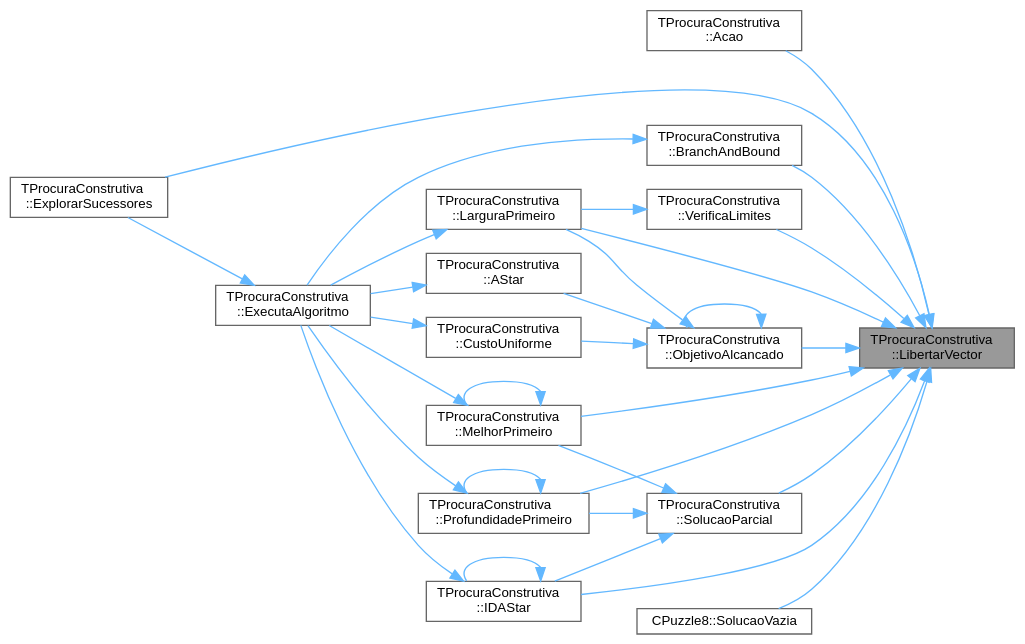
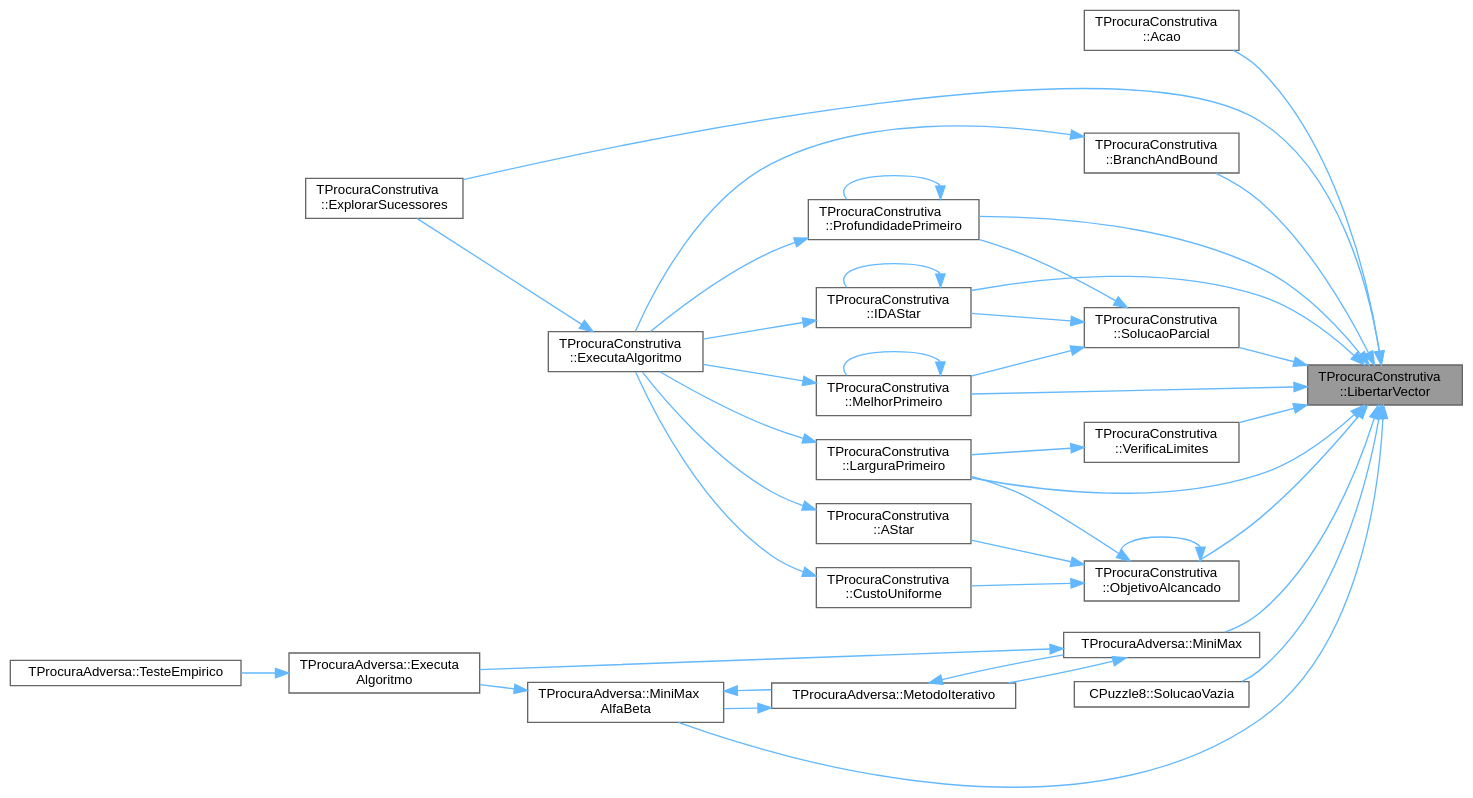
Before and after one commit to jcoelho72/TProcura: the diagram in classTProcuraConstrutiva_a976f17b2b53ce9ffc7d1795d291262df_icgraph.dot, drawn with Graphviz. The commit also changed 1026 other files, not shown here.

```diff
--- a/classTProcuraConstrutiva_a976f17b2b53ce9ffc7d1795d291262df_icgraph.dot
+++ b/classTProcuraConstrutiva_a976f17b2b53ce9ffc7d1795d291262df_icgraph.dot
@@ -6,48 +6,62 @@
   node [fontname=Helvetica,fontsize=10,shape=box,height=0.2,width=0.4];
   rankdir="RL";
   Node1 [id="Node000001",label="TProcuraConstrutiva\l::LibertarVector",height=0.2,width=0.4,color="gray40", fillcolor="grey60", style="filled", fontcolor="black",tooltip=" "];
-  Node1 -> Node2 [id="edge31_Node000001_Node000002",dir="back",color="steelblue1",style="solid",tooltip=" "];
+  Node1 -> Node2 [id="edge40_Node000001_Node000002",dir="back",color="steelblue1",style="solid",tooltip=" "];
   Node2 [id="Node000002",label="TProcuraConstrutiva\l::Acao",height=0.2,width=0.4,color="grey40", fillcolor="white", style="filled",URL="$group__RedefinicaoOpcional.html#gacccf4fbb52126ba19bfc456c0c6d5214",tooltip="Executa a ação (movimento, passo, jogada, lance, etc.) no estado atual."];
-  Node1 -> Node3 [id="edge32_Node000001_Node000003",dir="back",color="steelblue1",style="solid",tooltip=" "];
+  Node1 -> Node3 [id="edge41_Node000001_Node000003",dir="back",color="steelblue1",style="solid",tooltip=" "];
   Node3 [id="Node000003",label="TProcuraConstrutiva\l::BranchAndBound",height=0.2,width=0.4,color="grey40", fillcolor="white", style="filled",URL="$group__ProcurasInformadas.html#gafe804dbf6cabda9e627500c2d4f8aafd",tooltip="Executa o algoritmo Branch-and-Bound, um algoritmo informado."];
-  Node3 -> Node4 [id="edge33_Node000003_Node000004",dir="back",color="steelblue1",style="solid",tooltip=" "];
+  Node3 -> Node4 [id="edge42_Node000003_Node000004",dir="back",color="steelblue1",style="solid",tooltip=" "];
   Node4 [id="Node000004",label="TProcuraConstrutiva\l::ExecutaAlgoritmo",height=0.2,width=0.4,color="grey40", fillcolor="white", style="filled",URL="$group__RedefinicaoOpcional.html#gae52871eb18c8ae656a2174acf43b3bb3",tooltip="Executa o algoritmo com os parametros atuais."];
-  Node4 -> Node5 [id="edge34_Node000004_Node000005",dir="back",color="steelblue1",style="solid",tooltip=" "];
+  Node4 -> Node5 [id="edge43_Node000004_Node000005",dir="back",color="steelblue1",style="solid",tooltip=" "];
   Node5 [id="Node000005",label="TProcuraConstrutiva\l::ExplorarSucessores",height=0.2,width=0.4,color="grey40", fillcolor="white", style="filled",URL="$classTProcuraConstrutiva.html#a9fda19c96c9cd874fa45578bcc30f607",tooltip=" "];
-  Node1 -> Node5 [id="edge35_Node000001_Node000005",dir="back",color="steelblue1",style="solid",tooltip=" "];
-  Node1 -> Node6 [id="edge36_Node000001_Node000006",dir="back",color="steelblue1",style="solid",tooltip=" "];
+  Node1 -> Node5 [id="edge44_Node000001_Node000005",dir="back",color="steelblue1",style="solid",tooltip=" "];
+  Node1 -> Node6 [id="edge45_Node000001_Node000006",dir="back",color="steelblue1",style="solid",tooltip=" "];
   Node6 [id="Node000006",label="TProcuraConstrutiva\l::IDAStar",height=0.2,width=0.4,color="grey40", fillcolor="white", style="filled",URL="$group__ProcurasInformadas.html#gae77f9608e7988052377d7025bee7c4e8",tooltip="Executa a procura IDA*, algoritmo informado."];
-  Node6 -> Node4 [id="edge37_Node000006_Node000004",dir="back",color="steelblue1",style="solid",tooltip=" "];
-  Node6 -> Node6 [id="edge38_Node000006_Node000006",dir="back",color="steelblue1",style="solid",tooltip=" "];
-  Node1 -> Node7 [id="edge39_Node000001_Node000007",dir="back",color="steelblue1",style="solid",tooltip=" "];
+  Node6 -> Node4 [id="edge46_Node000006_Node000004",dir="back",color="steelblue1",style="solid",tooltip=" "];
+  Node6 -> Node6 [id="edge47_Node000006_Node000006",dir="back",color="steelblue1",style="solid",tooltip=" "];
+  Node1 -> Node7 [id="edge48_Node000001_Node000007",dir="back",color="steelblue1",style="solid",tooltip=" "];
   Node7 [id="Node000007",label="TProcuraConstrutiva\l::LarguraPrimeiro",height=0.2,width=0.4,color="grey40", fillcolor="white", style="filled",URL="$group__ProcurasCegas.html#gafe656922894d8a27b4cfb70128793af0",tooltip="Executa a procura em largura primeiro, algoritmo cego."];
-  Node7 -> Node4 [id="edge40_Node000007_Node000004",dir="back",color="steelblue1",style="solid",tooltip=" "];
-  Node1 -> Node8 [id="edge41_Node000001_Node000008",dir="back",color="steelblue1",style="solid",tooltip=" "];
+  Node7 -> Node4 [id="edge49_Node000007_Node000004",dir="back",color="steelblue1",style="solid",tooltip=" "];
+  Node1 -> Node8 [id="edge50_Node000001_Node000008",dir="back",color="steelblue1",style="solid",tooltip=" "];
   Node8 [id="Node000008",label="TProcuraConstrutiva\l::MelhorPrimeiro",height=0.2,width=0.4,color="grey40", fillcolor="white", style="filled",URL="$group__ProcurasInformadas.html#gaebb84182343041bc276e4ceceb4b13aa",tooltip="Executa a procura melhor primeiro, algoritmo informado."];
-  Node8 -> Node4 [id="edge42_Node000008_Node000004",dir="back",color="steelblue1",style="solid",tooltip=" "];
-  Node8 -> Node8 [id="edge43_Node000008_Node000008",dir="back",color="steelblue1",style="solid",tooltip=" "];
-  Node1 -> Node9 [id="edge44_Node000001_Node000009",dir="back",color="steelblue1",style="solid",tooltip=" "];
-  Node9 [id="Node000009",label="TProcuraConstrutiva\l::ObjetivoAlcancado",height=0.2,width=0.4,color="grey40", fillcolor="white", style="filled",URL="$classTProcuraConstrutiva.html#a8e7879e0ac12522e0eedf3d3d365e51c",tooltip=" "];
-  Node9 -> Node10 [id="edge45_Node000009_Node000010",dir="back",color="steelblue1",style="solid",tooltip=" "];
-  Node10 [id="Node000010",label="TProcuraConstrutiva\l::AStar",height=0.2,width=0.4,color="grey40", fillcolor="white", style="filled",URL="$group__ProcurasInformadas.html#ga37dd78e1a9a6742700728135f81964b4",tooltip="Executa a procura A*, algoritmo informado."];
-  Node10 -> Node4 [id="edge46_Node000010_Node000004",dir="back",color="steelblue1",style="solid",tooltip=" "];
-  Node9 -> Node11 [id="edge47_Node000009_Node000011",dir="back",color="steelblue1",style="solid",tooltip=" "];
-  Node11 [id="Node000011",label="TProcuraConstrutiva\l::CustoUniforme",height=0.2,width=0.4,color="grey40", fillcolor="white", style="filled",URL="$group__ProcurasCegas.html#ga2343fafdecfd55b69c0ffb71e8f9426b",tooltip="Executa a procura por custo uniforme, algoritmo cego."];
-  Node11 -> Node4 [id="edge48_Node000011_Node000004",dir="back",color="steelblue1",style="solid",tooltip=" "];
-  Node9 -> Node7 [id="edge49_Node000009_Node000007",dir="back",color="steelblue1",style="solid",tooltip=" "];
-  Node9 -> Node9 [id="edge50_Node000009_Node000009",dir="back",color="steelblue1",style="solid",tooltip=" "];
-  Node1 -> Node12 [id="edge51_Node000001_Node000012",dir="back",color="steelblue1",style="solid",tooltip=" "];
-  Node12 [id="Node000012",label="TProcuraConstrutiva\l::ProfundidadePrimeiro",height=0.2,width=0.4,color="grey40", fillcolor="white", style="filled",URL="$group__ProcurasCegas.html#gaf00d9776f6b25d56138efb6725b86228",tooltip="Executa a procura em profundidade primeiro, algoritmo cego."];
-  Node12 -> Node4 [id="edge52_Node000012_Node000004",dir="back",color="steelblue1",style="solid",tooltip=" "];
-  Node12 -> Node12 [id="edge53_Node000012_Node000012",dir="back",color="steelblue1",style="solid",tooltip=" "];
-  Node1 -> Node13 [id="edge54_Node000001_Node000013",dir="back",color="steelblue1",style="solid",tooltip=" "];
-  Node13 [id="Node000013",label="TProcuraConstrutiva\l::SolucaoParcial",height=0.2,width=0.4,color="grey40", fillcolor="white", style="filled",URL="$classTProcuraConstrutiva.html#a6bc5ce68c35bb341173421200dec2937",tooltip=" "];
-  Node13 -> Node6 [id="edge55_Node000013_Node000006",dir="back",color="steelblue1",style="solid",tooltip=" "];
-  Node13 -> Node8 [id="edge56_Node000013_Node000008",dir="back",color="steelblue1",style="solid",tooltip=" "];
-  Node13 -> Node12 [id="edge57_Node000013_Node000012",dir="back",color="steelblue1",style="solid",tooltip=" "];
-  Node1 -> Node14 [id="edge58_Node000001_Node000014",dir="back",color="steelblue1",style="solid",tooltip=" "];
-  Node14 [id="Node000014",label="CPuzzle8::SolucaoVazia",height=0.2,width=0.4,color="grey40", fillcolor="white", style="filled",URL="$classCPuzzle8.html#a9cf95b2a057f5368736e503565fad846",tooltip="Coloca o objecto no estado inicial da procura."];
-  Node1 -> Node15 [id="edge59_Node000001_Node000015",dir="back",color="steelblue1",style="solid",tooltip=" "];
-  Node15 [id="Node000015",label="TProcuraConstrutiva\l::VerificaLimites",height=0.2,width=0.4,color="grey40", fillcolor="white", style="filled",URL="$classTProcuraConstrutiva.html#aec0a667a7fda1ebe565ba13d6b02805a",tooltip=" "];
-  Node15 -> Node7 [id="edge60_Node000015_Node000007",dir="back",color="steelblue1",style="solid",tooltip=" "];
+  Node8 -> Node4 [id="edge51_Node000008_Node000004",dir="back",color="steelblue1",style="solid",tooltip=" "];
+  Node8 -> Node8 [id="edge52_Node000008_Node000008",dir="back",color="steelblue1",style="solid",tooltip=" "];
+  Node1 -> Node9 [id="edge53_Node000001_Node000009",dir="back",color="steelblue1",style="solid",tooltip=" "];
+  Node9 [id="Node000009",label="TProcuraAdversa::MiniMax",height=0.2,width=0.4,color="grey40", fillcolor="white", style="filled",URL="$classTProcuraAdversa.html#a4d8542bcb03f17da8aa3038384104f24",tooltip="retorna o valor do estado actual, apos procura de profundidade nivel"];
+  Node9 -> Node10 [id="edge54_Node000009_Node000010",dir="back",color="steelblue1",style="solid",tooltip=" "];
+  Node10 [id="Node000010",label="TProcuraAdversa::Executa\lAlgoritmo",height=0.2,width=0.4,color="grey40", fillcolor="white", style="filled",URL="$classTProcuraAdversa.html#aff6f48defaa10c14d160ac3990fd029b",tooltip="Executa o algoritmo com os parametros atuais."];
+  Node10 -> Node11 [id="edge55_Node000010_Node000011",dir="back",color="steelblue1",style="solid",tooltip=" "];
+  Node11 [id="Node000011",label="TProcuraAdversa::TesteEmpirico",height=0.2,width=0.4,color="grey40", fillcolor="white", style="filled",URL="$classTProcuraAdversa.html#ae849ba1f915dc5e0875faa281ba4bdbb",tooltip=" "];
+  Node9 -> Node12 [id="edge56_Node000009_Node000012",dir="back",color="steelblue1",style="solid",tooltip=" "];
+  Node12 [id="Node000012",label="TProcuraAdversa::MetodoIterativo",height=0.2,width=0.4,color="grey40", fillcolor="white", style="filled",URL="$classTProcuraAdversa.html#a7c4153974c32753901326271fee90197",tooltip="iteração, aumentando o nível progressivamente"];
+  Node12 -> Node9 [id="edge57_Node000012_Node000009",dir="back",color="steelblue1",style="solid",tooltip=" "];
+  Node12 -> Node13 [id="edge58_Node000012_Node000013",dir="back",color="steelblue1",style="solid",tooltip=" "];
+  Node13 [id="Node000013",label="TProcuraAdversa::MiniMax\lAlfaBeta",height=0.2,width=0.4,color="grey40", fillcolor="white", style="filled",URL="$classTProcuraAdversa.html#adb3f857b1c8b3ee26682e335dc6ed601",tooltip="retorna o valor do estado actual, apos procura de profundidade nivel. Idêntico a MiniMax"];
+  Node13 -> Node10 [id="edge59_Node000013_Node000010",dir="back",color="steelblue1",style="solid",tooltip=" "];
+  Node13 -> Node12 [id="edge60_Node000013_Node000012",dir="back",color="steelblue1",style="solid",tooltip=" "];
+  Node1 -> Node13 [id="edge61_Node000001_Node000013",dir="back",color="steelblue1",style="solid",tooltip=" "];
+  Node1 -> Node14 [id="edge62_Node000001_Node000014",dir="back",color="steelblue1",style="solid",tooltip=" "];
+  Node14 [id="Node000014",label="TProcuraConstrutiva\l::ObjetivoAlcancado",height=0.2,width=0.4,color="grey40", fillcolor="white", style="filled",URL="$classTProcuraConstrutiva.html#a8e7879e0ac12522e0eedf3d3d365e51c",tooltip=" "];
+  Node14 -> Node15 [id="edge63_Node000014_Node000015",dir="back",color="steelblue1",style="solid",tooltip=" "];
+  Node15 [id="Node000015",label="TProcuraConstrutiva\l::AStar",height=0.2,width=0.4,color="grey40", fillcolor="white", style="filled",URL="$group__ProcurasInformadas.html#ga37dd78e1a9a6742700728135f81964b4",tooltip="Executa a procura A*, algoritmo informado."];
+  Node15 -> Node4 [id="edge64_Node000015_Node000004",dir="back",color="steelblue1",style="solid",tooltip=" "];
+  Node14 -> Node16 [id="edge65_Node000014_Node000016",dir="back",color="steelblue1",style="solid",tooltip=" "];
+  Node16 [id="Node000016",label="TProcuraConstrutiva\l::CustoUniforme",height=0.2,width=0.4,color="grey40", fillcolor="white", style="filled",URL="$group__ProcurasCegas.html#ga2343fafdecfd55b69c0ffb71e8f9426b",tooltip="Executa a procura por custo uniforme, algoritmo cego."];
+  Node16 -> Node4 [id="edge66_Node000016_Node000004",dir="back",color="steelblue1",style="solid",tooltip=" "];
+  Node14 -> Node7 [id="edge67_Node000014_Node000007",dir="back",color="steelblue1",style="solid",tooltip=" "];
+  Node14 -> Node14 [id="edge68_Node000014_Node000014",dir="back",color="steelblue1",style="solid",tooltip=" "];
+  Node1 -> Node17 [id="edge69_Node000001_Node000017",dir="back",color="steelblue1",style="solid",tooltip=" "];
+  Node17 [id="Node000017",label="TProcuraConstrutiva\l::ProfundidadePrimeiro",height=0.2,width=0.4,color="grey40", fillcolor="white", style="filled",URL="$group__ProcurasCegas.html#gaf00d9776f6b25d56138efb6725b86228",tooltip="Executa a procura em profundidade primeiro, algoritmo cego."];
+  Node17 -> Node4 [id="edge70_Node000017_Node000004",dir="back",color="steelblue1",style="solid",tooltip=" "];
+  Node17 -> Node17 [id="edge71_Node000017_Node000017",dir="back",color="steelblue1",style="solid",tooltip=" "];
+  Node1 -> Node18 [id="edge72_Node000001_Node000018",dir="back",color="steelblue1",style="solid",tooltip=" "];
+  Node18 [id="Node000018",label="TProcuraConstrutiva\l::SolucaoParcial",height=0.2,width=0.4,color="grey40", fillcolor="white", style="filled",URL="$classTProcuraConstrutiva.html#a6bc5ce68c35bb341173421200dec2937",tooltip=" "];
+  Node18 -> Node6 [id="edge73_Node000018_Node000006",dir="back",color="steelblue1",style="solid",tooltip=" "];
+  Node18 -> Node8 [id="edge74_Node000018_Node000008",dir="back",color="steelblue1",style="solid",tooltip=" "];
+  Node18 -> Node17 [id="edge75_Node000018_Node000017",dir="back",color="steelblue1",style="solid",tooltip=" "];
+  Node1 -> Node19 [id="edge76_Node000001_Node000019",dir="back",color="steelblue1",style="solid",tooltip=" "];
+  Node19 [id="Node000019",label="CPuzzle8::SolucaoVazia",height=0.2,width=0.4,color="grey40", fillcolor="white", style="filled",URL="$classCPuzzle8.html#a9cf95b2a057f5368736e503565fad846",tooltip=" "];
+  Node1 -> Node20 [id="edge77_Node000001_Node000020",dir="back",color="steelblue1",style="solid",tooltip=" "];
+  Node20 [id="Node000020",label="TProcuraConstrutiva\l::VerificaLimites",height=0.2,width=0.4,color="grey40", fillcolor="white", style="filled",URL="$classTProcuraConstrutiva.html#aec0a667a7fda1ebe565ba13d6b02805a",tooltip=" "];
+  Node20 -> Node7 [id="edge78_Node000020_Node000007",dir="back",color="steelblue1",style="solid",tooltip=" "];
 }
```
